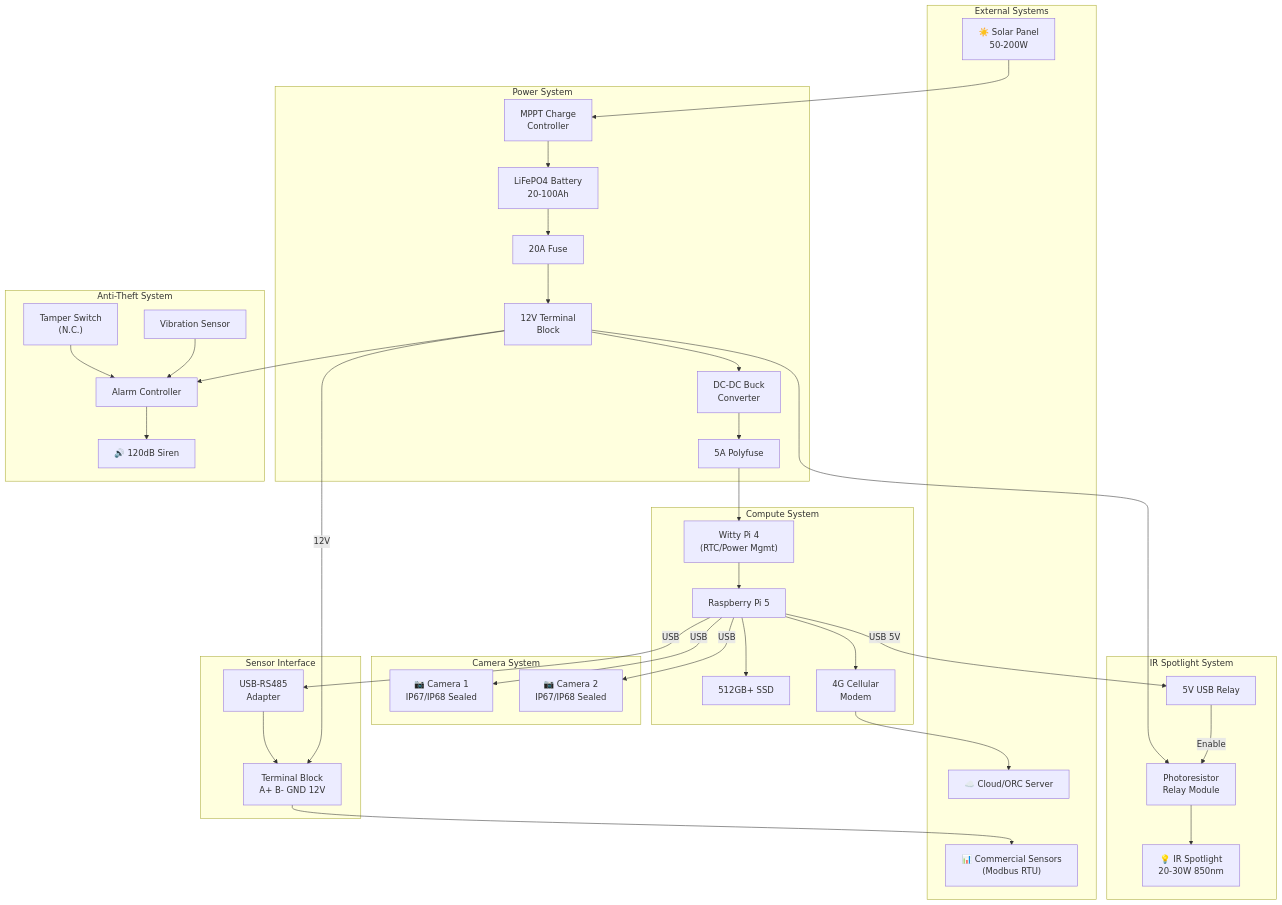
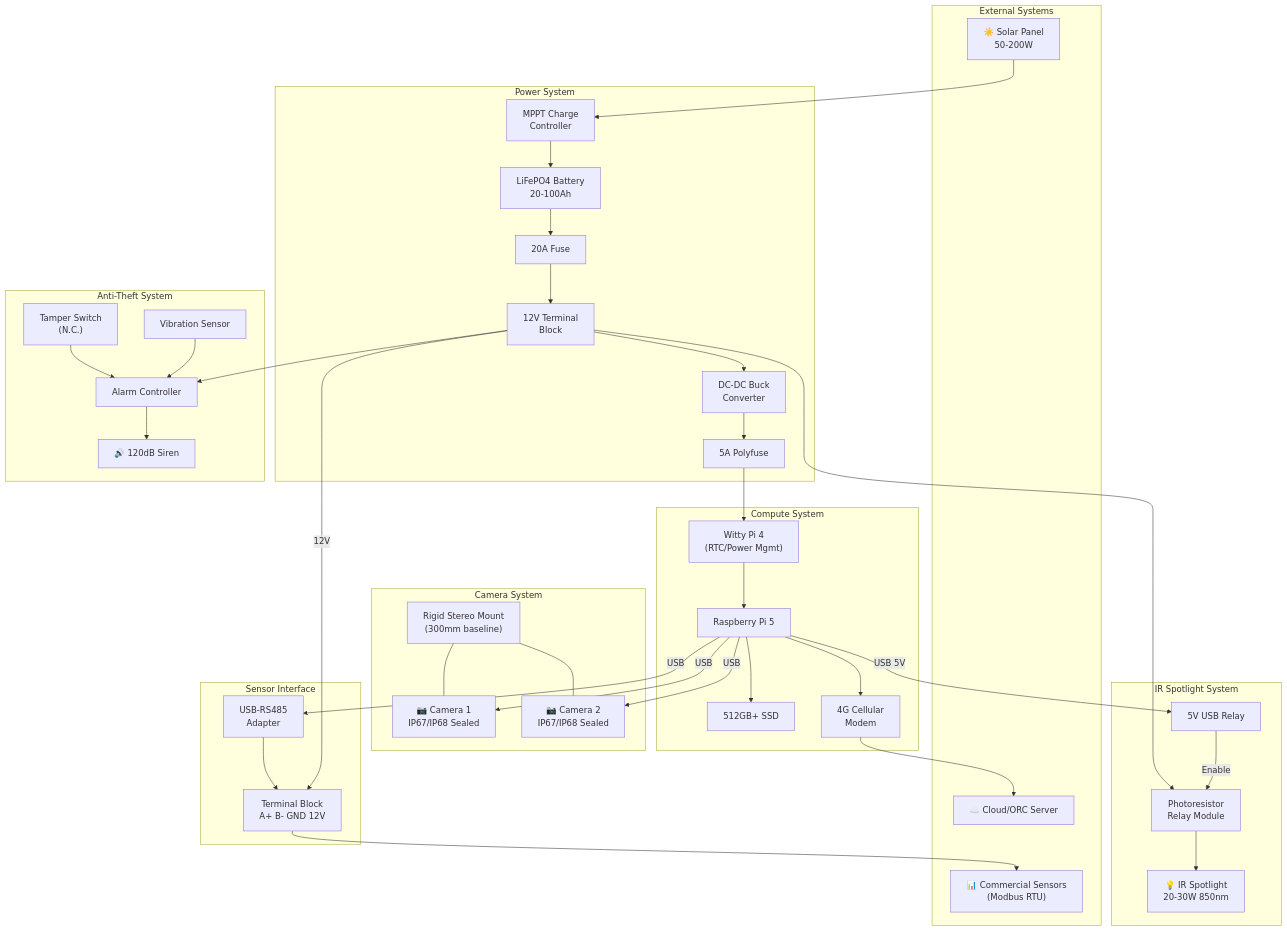
One commit to tom-jordan23/openrivercam changed the first of 13 diagrams in rc-box/DESIGN_SPEC_DIAGRAMS.md. Above: the diagram before and after it, drawn with Mermaid. The commit also changed other lines of this file and 3 other files, not shown here.

```diff
--- a/rc-box/DESIGN_SPEC_DIAGRAMS.md
+++ b/rc-box/DESIGN_SPEC_DIAGRAMS.md
@@ -33,8 +33,11 @@
     end
 
     subgraph Cameras["Camera System"]
+        MOUNT["Rigid Stereo Mount<br/>(300mm baseline)"]
         CAM1["📷 Camera 1<br/>IP67/IP68 Sealed"]
         CAM2["📷 Camera 2<br/>IP67/IP68 Sealed"]
+        MOUNT --- CAM1
+        MOUNT --- CAM2
     end
 
     subgraph IRSystem["IR Spotlight System"]
```
